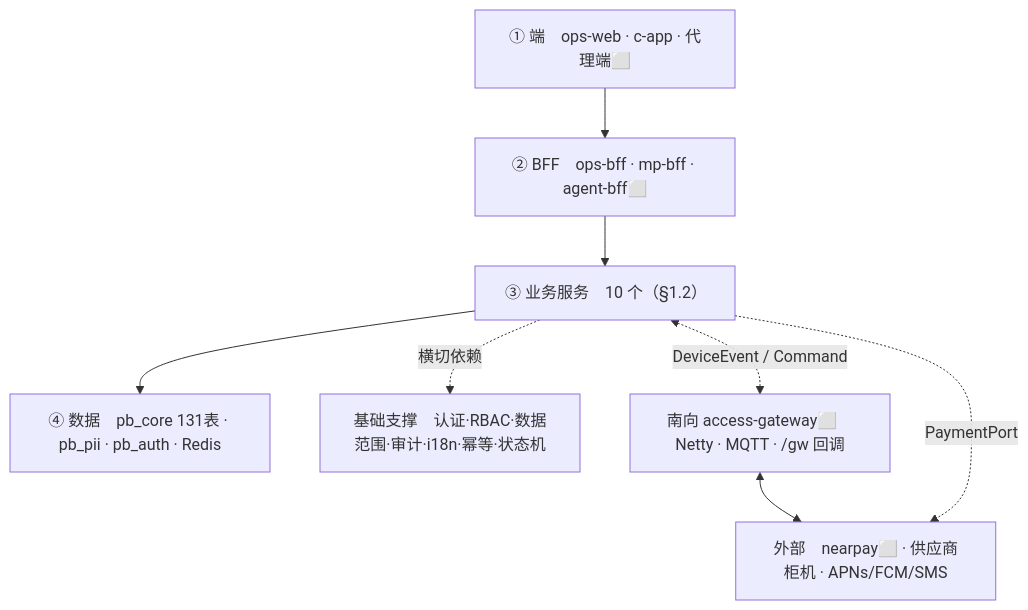
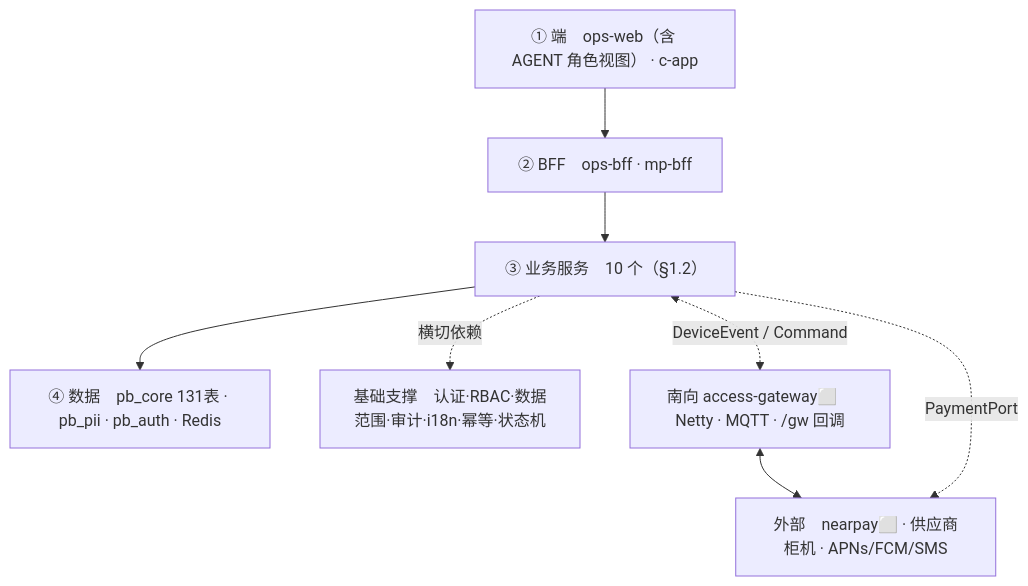
One commit to robinwu2021-code/sharehub changed the first of 12 diagrams in docs/technical/架构图.md. Above: the diagram before and after it, drawn with Mermaid. The commit also changed other lines of this file and 3 other files, not shown here.

First line of the commit message:
docs: 代理端定案为 ops-web 角色视图 + 接口清单按端整理

````diff
--- a/docs/technical/架构图.md
+++ b/docs/technical/架构图.md
@@ -39,17 +39,17 @@
 ```mermaid
 %%{init: {'theme':'base','themeVariables':{'fontSize':'20px','fontFamily':"'PingFang SC','Microsoft YaHei',-apple-system,'Segoe UI',sans-serif",'primaryColor':'#ffffff','primaryTextColor':'#12181b','primaryBorderColor':'#0f7173','lineColor':'#5b6b6d','secondaryColor':'#eef4f4','tertiaryColor':'#f6f8f8'},'flowchart':{'padding':14,'nodeSpacing':55,'rankSpacing':60},'sequence':{'actorFontSize':18,'noteFontSize':17,'messageFontSize':17}}}%%
 flowchart TB
-  A["① 端　ops-web · c-app · 代理端⬜"]
-  B["② BFF　ops-bff · mp-bff · agent-bff⬜"]
+  A["① 端　ops-web（含 AGENT 角色视图） · c-app"]
+  B["② BFF　ops-bff · mp-bff"]
   C["③ 业务服务　10 个（§1.2）"]
   D["④ 数据　pb_core 131表 · pb_pii · pb_auth · Redis"]
   X["基础支撑　认证·RBAC·数据范围·审计·i18n·幂等·状态机"]
   G["南向 access-gateway⬜　Netty · MQTT · /gw 回调"]
   E["外部　nearpay⬜ · 供应商柜机 · APNs/FCM/SMS"]
 
   A --> B --> C --> D
   C -.横切依赖.-> X
   C <-.DeviceEvent / Command.-> G
   G <--> E
   C -.PaymentPort.-> E
 ```
````
